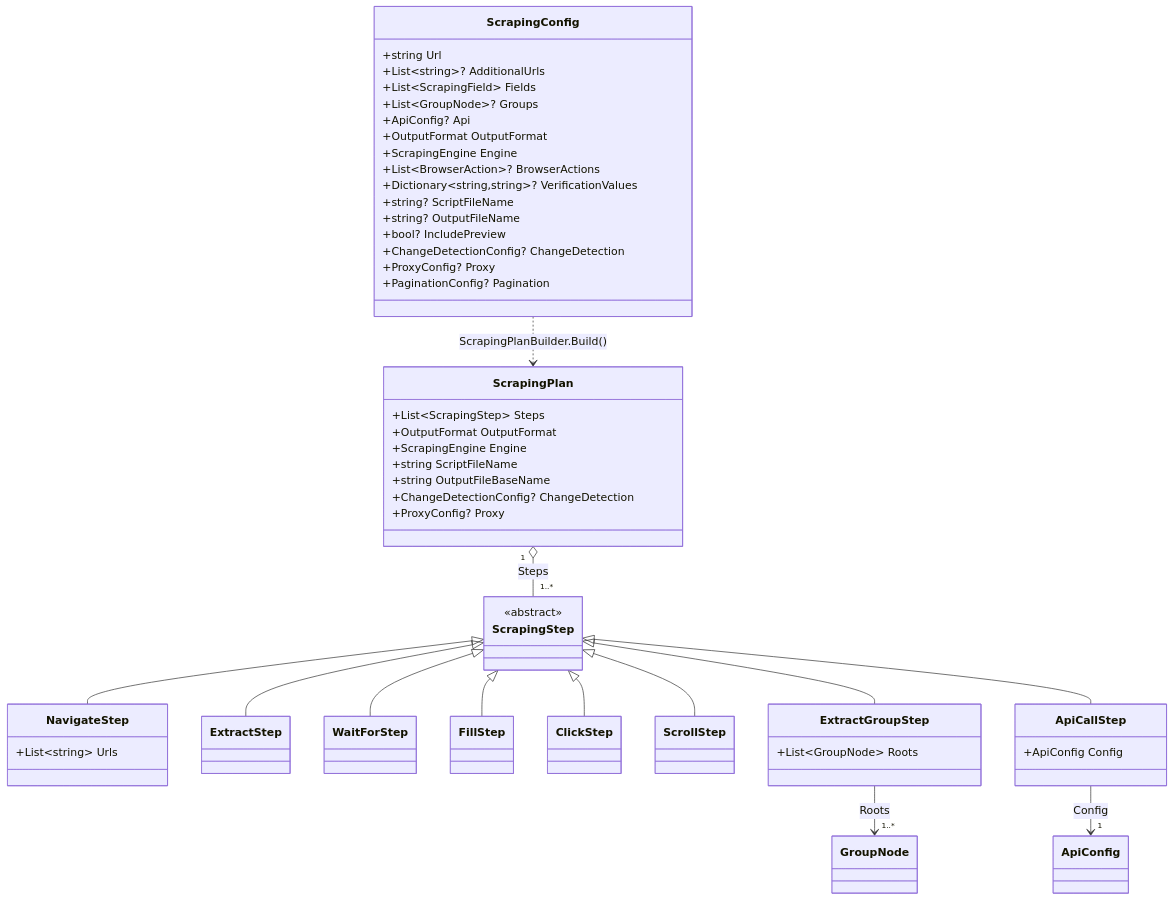
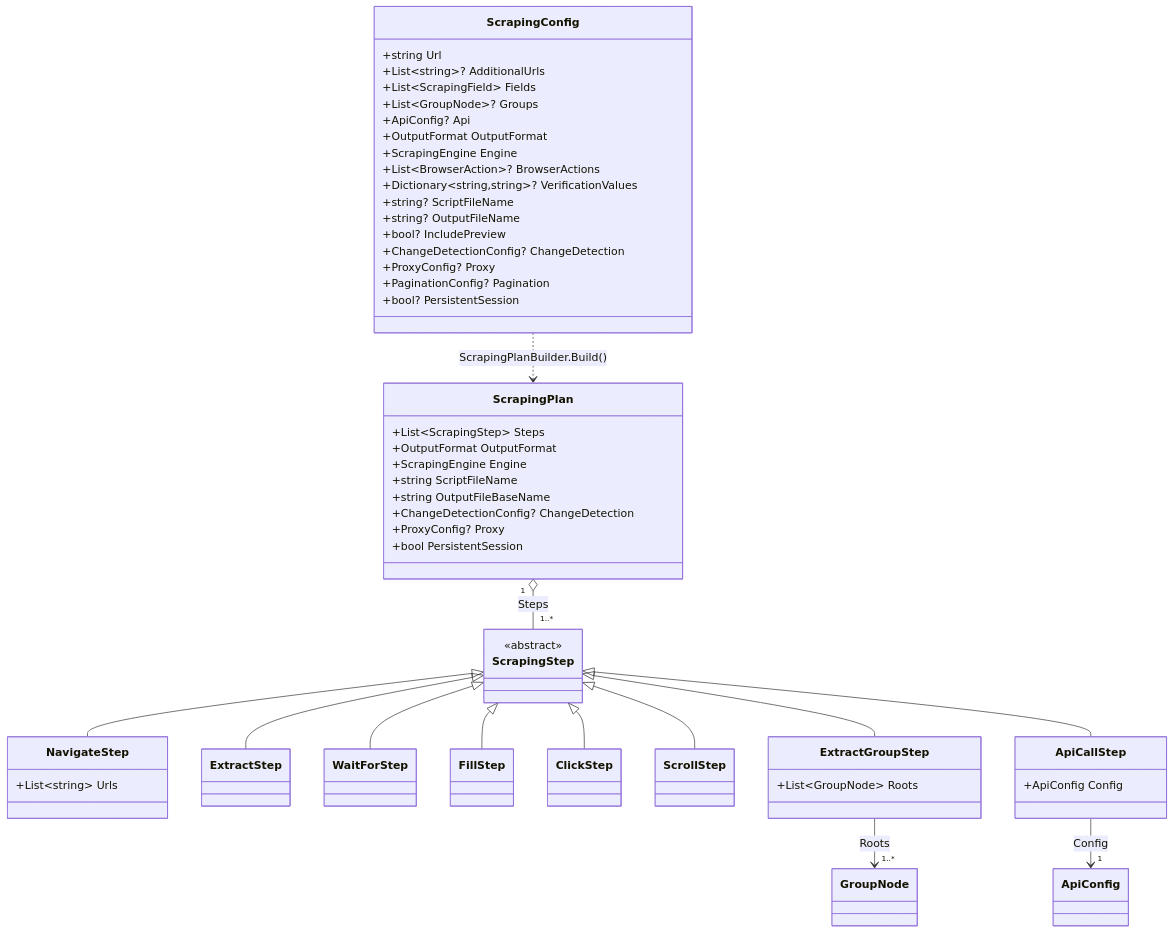
Before and after one commit to Aventinis/Scraping-Factory: the fourth of 7 diagrams in docs/ARCHITECTURE.md, drawn with Mermaid. The commit also changed other lines of this file and 1 other file, not shown here.

First line of the commit message:
docs(persistent-session): document Issue #175 in CLAUDE.md and ARCHITECTURE.md

````diff
--- a/docs/ARCHITECTURE.md
+++ b/docs/ARCHITECTURE.md
@@ -773,52 +825,54 @@
 ```mermaid
 classDiagram
     class ScrapingConfig {
         +string Url
         +List~string~? AdditionalUrls
         +List~ScrapingField~ Fields
         +List~GroupNode~? Groups
         +ApiConfig? Api
         +OutputFormat OutputFormat
         +ScrapingEngine Engine
         +List~BrowserAction~? BrowserActions
         +Dictionary~string,string~? VerificationValues
         +string? ScriptFileName
         +string? OutputFileName
         +bool? IncludePreview
         +ChangeDetectionConfig? ChangeDetection
         +ProxyConfig? Proxy
         +PaginationConfig? Pagination
+        +bool? PersistentSession
     }
     class ScrapingPlan {
         +List~ScrapingStep~ Steps
         +OutputFormat OutputFormat
         +ScrapingEngine Engine
         +string ScriptFileName
         +string OutputFileBaseName
         +ChangeDetectionConfig? ChangeDetection
         +ProxyConfig? Proxy
+        +bool PersistentSession
     }
     class ScrapingStep { <<abstract>> }
     class NavigateStep { +List~string~ Urls }
     class ExtractStep
     class WaitForStep
     class FillStep
     class ClickStep
     class ScrollStep
     class ExtractGroupStep { +List~GroupNode~ Roots }
     class ApiCallStep { +ApiConfig Config }
 
     ScrapingStep <|-- NavigateStep
     ScrapingStep <|-- ExtractStep
     ScrapingStep <|-- WaitForStep
     ScrapingStep <|-- FillStep
     ScrapingStep <|-- ClickStep
     ScrapingStep <|-- ScrollStep
     ScrapingStep <|-- ExtractGroupStep
     ScrapingStep <|-- ApiCallStep
 
     ScrapingConfig ..> ScrapingPlan : ScrapingPlanBuilder.Build()
     ScrapingPlan "1" o-- "1..*" ScrapingStep : Steps
     ExtractGroupStep --> "1..*" GroupNode : Roots
     ApiCallStep --> "1" ApiConfig : Config
 ```
````
